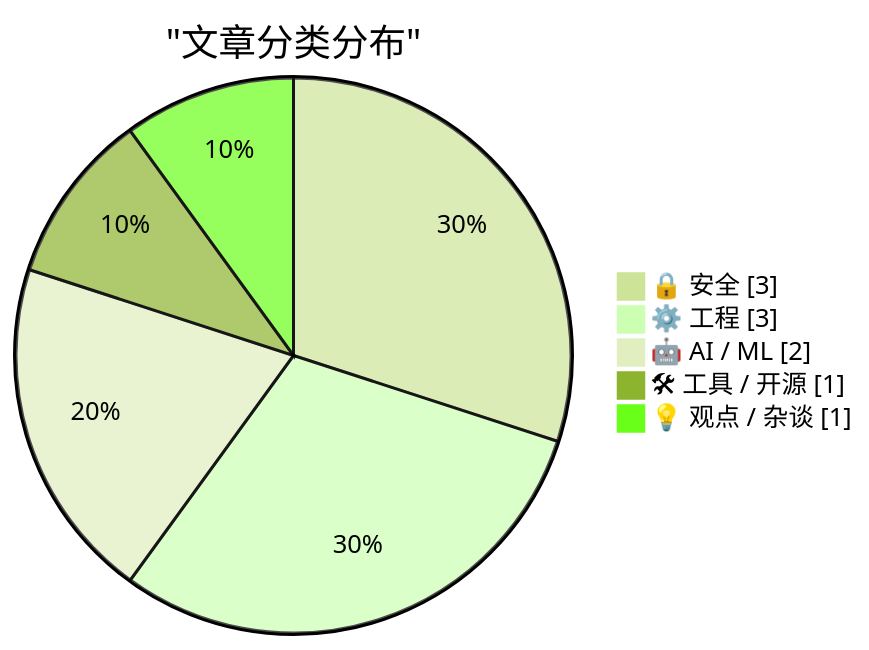
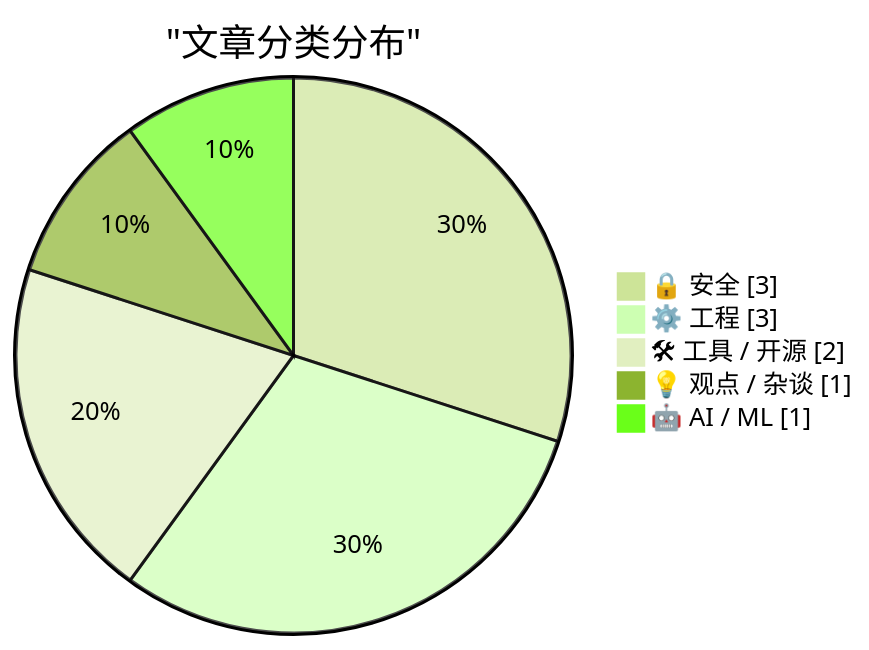
Before and after one commit to originem0/SZBlog: the first of 2 diagrams in content/ai-daily/2026-03-24.md, drawn with Mermaid (forest theme). The commit also changed other lines of this file, not shown here.

````diff
--- a/content/ai-daily/2026-03-24.md
+++ b/content/ai-daily/2026-03-24.md
@@ -56,9 +56,9 @@
 ```mermaid
 pie showData
     title "文章分类分布"
     "🔒 安全" : 3
     "⚙️ 工程" : 3
-    "🤖 AI / ML" : 2
-    "🛠 工具 / 开源" : 1
+    "🛠 工具 / 开源" : 2
     "💡 观点 / 杂谈" : 1
+    "🤖 AI / ML" : 1
 ```
````
